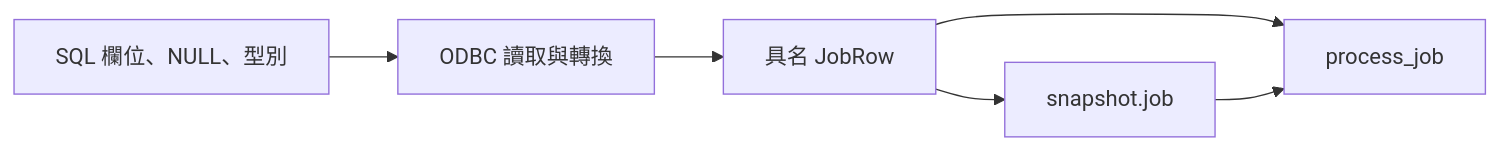
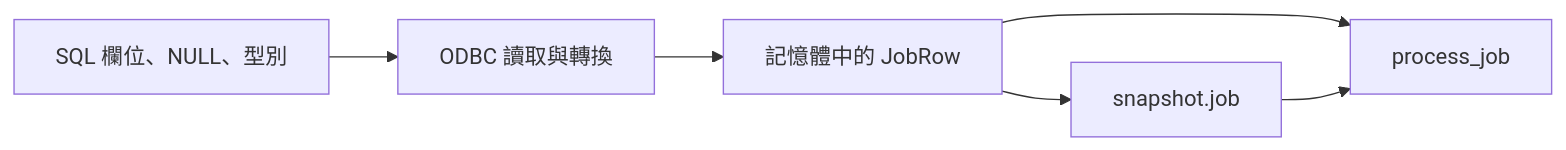
The diagram in docs/cpp-sql-field-tricks/04-snapshot.md (wizardhsiehcom/book), drawn with Mermaid before and after one commit. The commit also changed other lines of this file and 31 other files, not shown here.

````diff
--- a/docs/cpp-sql-field-tricks/04-snapshot.md
+++ b/docs/cpp-sql-field-tricks/04-snapshot.md
@@ -7,8 +13,8 @@
 ```mermaid
 flowchart LR
     A["SQL 欄位、NULL、型別"] --> B["ODBC 讀取與轉換"]
-    B --> C["具名 JobRow"]
+    B --> C["記憶體中的 JobRow"]
     C --> D["process_job"]
     C --> E["snapshot.job"]
     E --> D
 ```
````
